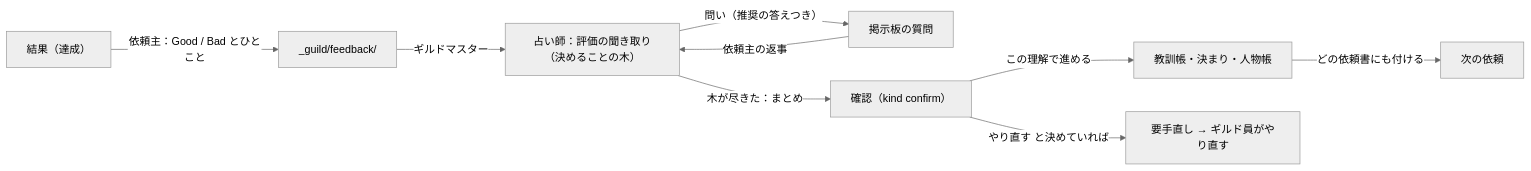
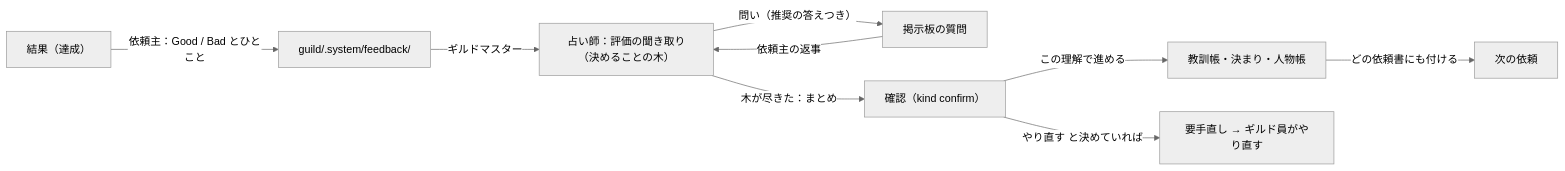
One commit to asama0101/guild changed the diagram in commands/quest.md. Above: the diagram before and after it, drawn with Mermaid (neutral theme). The commit also changed other lines of this file and 19 other files, not shown here.

First line of the commit message:
vault 内の作業場所を guild/ 配下に統一し、内部ファイルを guild/.system/ に隠す (v1.2.0)

````diff
--- a/commands/quest.md
+++ b/commands/quest.md
@@ -99,11 +99,11 @@
 ```mermaid
 flowchart LR
-    R["結果（達成）"] -- "依頼主：Good / Bad とひとこと" --> F["_guild/feedback/"]
+    R["結果（達成）"] -- "依頼主：Good / Bad とひとこと" --> F["guild/.system/feedback/"]
     F -- "ギルドマスター" --> AP["占い師：評価の聞き取り（決めることの木）"]
     AP -- "問い（推奨の答えつき）" --> Q["掲示板の質問"]
     Q -- "依頼主の返事" --> AP
     AP -- "木が尽きた：まとめ" --> C["確認（kind confirm）"]
     C -- "この理解で進める" --> L["教訓帳・決まり・人物帳"]
     C -- "やり直す と決めていれば" --> FIX["要手直し → ギルド員がやり直す"]
     L -- "どの依頼書にも付ける" --> N["次の依頼"]
 ```
````
